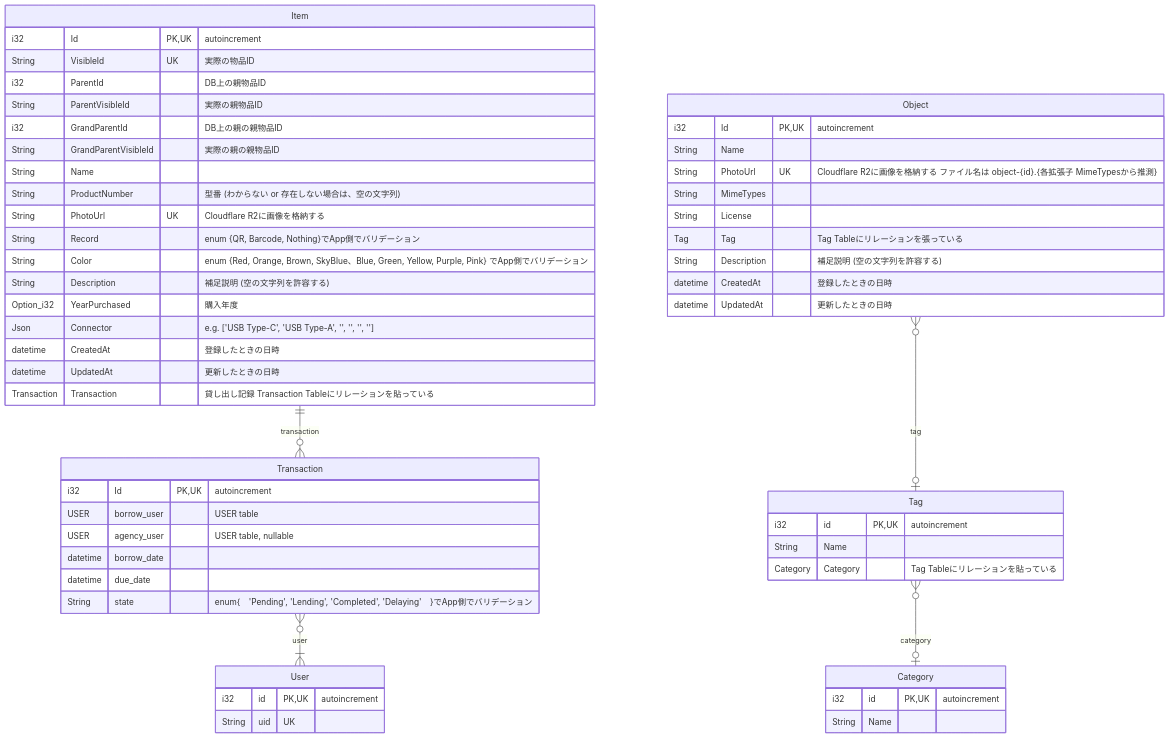
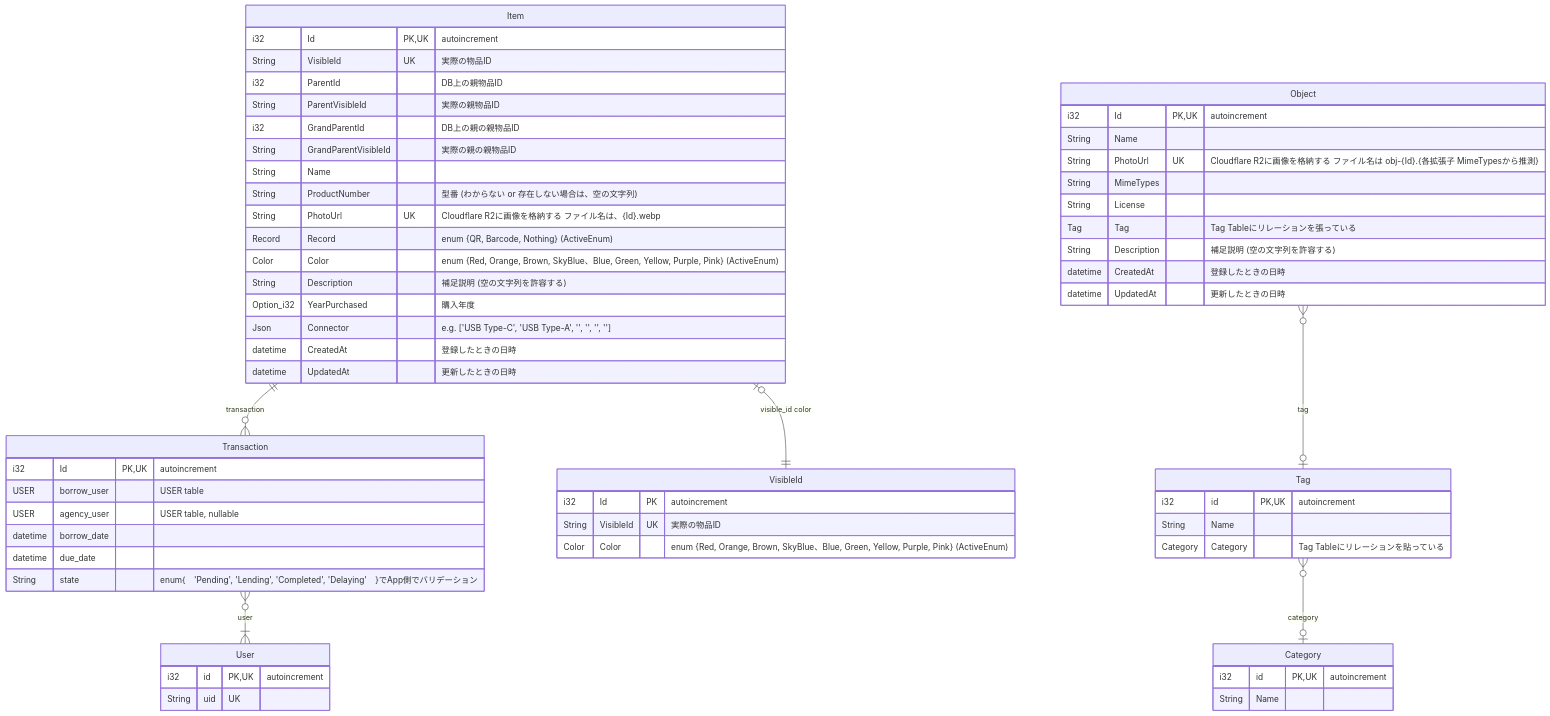
The second of 2 diagrams in README.md (Myxogastria0808/DashiShoyu), drawn with Mermaid before and after one commit. The commit also changed other lines of this file and 92 other files, not shown here.

````diff
--- a/README.md
+++ b/README.md
@@ -234,63 +246,69 @@
 ```mermaid
 erDiagram
     Item ||--o{ Transaction : transaction
     Transaction }o--|{ User : user
+    Item |o--|| VisibleId : "visible_id color"
     Item {
         i32 Id PK, UK "autoincrement"
         String VisibleId UK "実際の物品ID"
         i32 ParentId "DB上の親物品ID"
         String ParentVisibleId "実際の親物品ID"
         i32 GrandParentId "DB上の親の親物品ID"
         String GrandParentVisibleId "実際の親の親物品ID"
         String Name
         String ProductNumber "型番 (わからない or 存在しない場合は、空の文字列)"
-        String PhotoUrl UK "Cloudflare R2に画像を格納する"
-        String Record "enum {QR, Barcode, Nothing}でApp側でバリデーション"
-        String Color "enum {Red, Orange, Brown, SkyBlue、Blue, Green, Yellow, Purple, Pink} でApp側でバリデーション"
+        String PhotoUrl UK "Cloudflare R2に画像を格納する ファイル名は、{Id}.webp"
+        Record Record "enum {QR, Barcode, Nothing} (ActiveEnum)"
+        Color Color "enum {Red, Orange, Brown, SkyBlue、Blue, Green, Yellow, Purple, Pink} (ActiveEnum)"
         String Description　"補足説明 (空の文字列を許容する)"
         Option_i32 YearPurchased "購入年度"
         Json Connector　"e.g. ['USB Type-C', 'USB Type-A', '', '', '', '']"
         datetime CreatedAt "登録したときの日時"
         datetime UpdatedAt "更新したときの日時"
-        Transaction Transaction "貸し出し記録 Transaction Tableにリレーションを貼っている"
+    }
+
+        VisibleId {
+        i32 Id PK "autoincrement"
+        String VisibleId UK "実際の物品ID"
+        Color Color "enum {Red, Orange, Brown, SkyBlue、Blue, Green, Yellow, Purple, Pink} (ActiveEnum)"
     }
 
     Transaction {
         i32 Id PK, UK "autoincrement"
         USER borrow_user "USER table"
         USER agency_user "USER table, nullable"
         datetime borrow_date
         datetime due_date
         String state "enum{　'Pending', 'Lending', 'Completed', 'Delaying'　}でApp側でバリデーション"
     }
 
     User {
         i32 id PK, UK "autoincrement"
         String uid UK
     }
 
     Object }o--o| Tag : tag
     Tag }o--o| Category : category
     Object {
         i32 Id PK, UK "autoincrement"
         String Name
-        String PhotoUrl UK "Cloudflare R2に画像を格納する ファイル名は object-{id}.{各拡張子 MimeTypesから推測}"
+        String PhotoUrl UK "Cloudflare R2に画像を格納する ファイル名は obj-{Id}.{各拡張子 MimeTypesから推測}"
         String MimeTypes
         String License
         Tag Tag "Tag Tableにリレーションを張っている"
         String Description "補足説明 (空の文字列を許容する)"
         datetime CreatedAt "登録したときの日時"
         datetime UpdatedAt "更新したときの日時"
     }
 
     Tag {
         i32 id PK, UK "autoincrement"
         String Name
         Category Category "Tag Tableにリレーションを貼っている"
     }
 
     Category {
         i32 id PK, UK "autoincrement"
         String Name
     }
 ```
````
